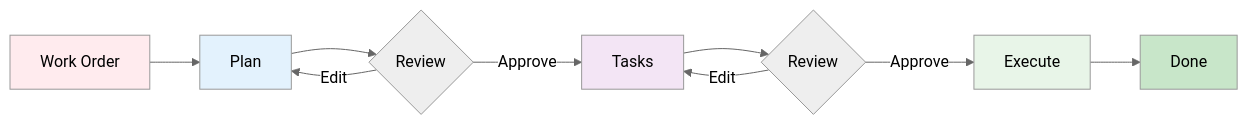
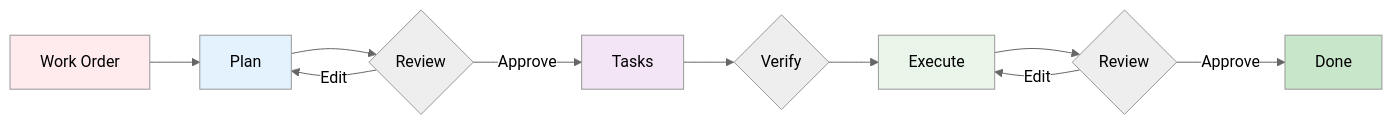
One commit to e0ipso/strikethroo changed the diagram in docs/workflow.md. Above: the diagram before and after it, drawn with Mermaid (neutral theme). The commit also changed other lines of this file and 18 other files, not shown here.

````diff
--- a/docs/workflow.md
+++ b/docs/workflow.md
@@ -14,17 +14,18 @@
 ```mermaid
 flowchart LR
     A[Work Order] --> B[Plan]
     B --> C{Review}
     C -->|Edit| B
     C -->|Approve| D[Tasks]
-    D --> E{Review}
-    E -->|Edit| D
-    E -->|Approve| F[Execute]
-    F --> G[Done]
+    D --> E{Verify}
+    E --> G[Execute]
+    G --> H{Review}
+    H -->|Edit| G
+    H -->|Approve| J[Done]
 
     style A fill:#ffebee
     style B fill:#e3f2fd
     style D fill:#f3e5f5
-    style F fill:#e8f5e8
-    style G fill:#c8e6c9
+    style G fill:#e8f5e8
+    style J fill:#c8e6c9
 ```
````
